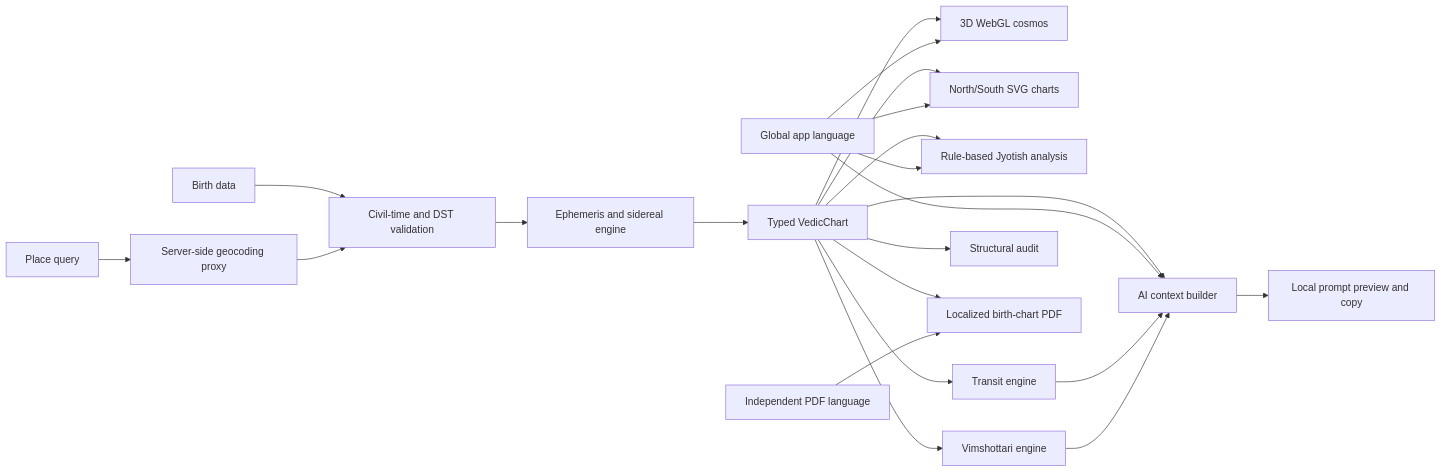
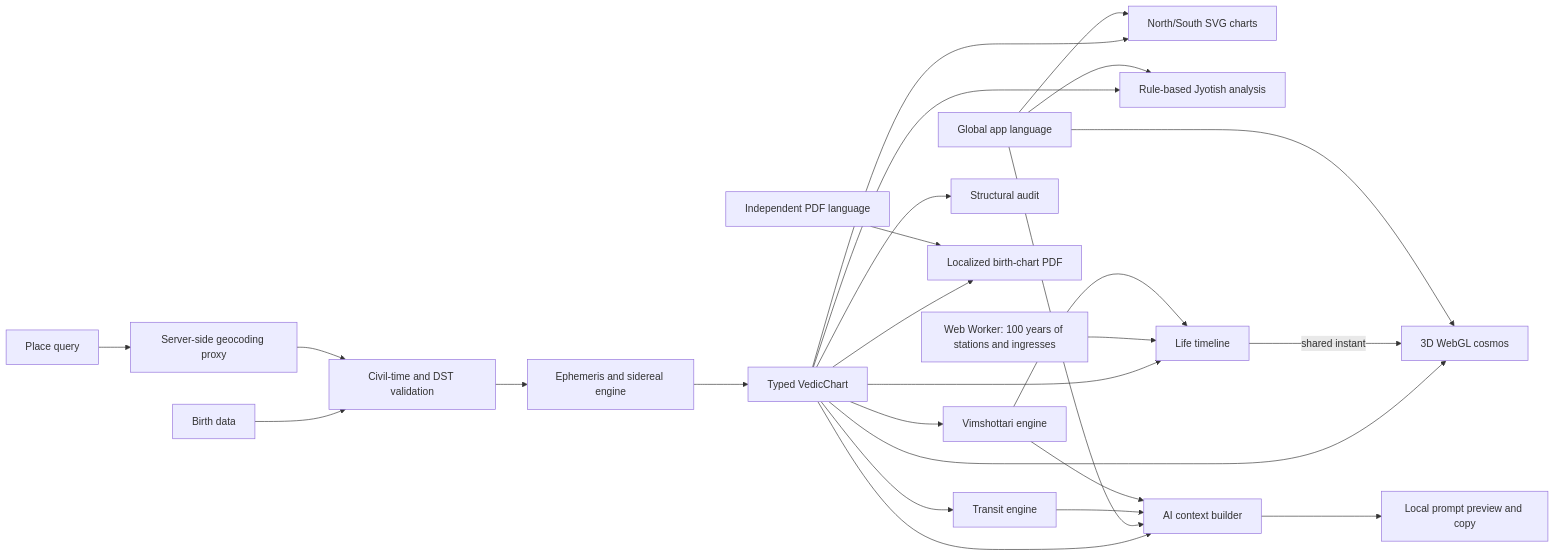
One commit to diprajkadlag/VedicAstrologer changed the diagram in README.md. Above: the diagram before and after it, drawn with Mermaid. The commit also changed other lines of this file and 52 other files, not shown here.

First line of the commit message:
feat: add the interactive life timeline (#2)

````diff
--- a/README.md
+++ b/README.md
@@ -179,24 +211,28 @@
 ```mermaid
 flowchart LR
     A[Birth data] --> B[Civil-time and DST validation]
     PQ[Place query] --> G[Server-side geocoding proxy]
     G --> B
     B --> E[Ephemeris and sidereal engine]
     E --> C[Typed VedicChart]
     C --> W[3D WebGL cosmos]
     C --> R[North/South SVG charts]
     C --> J[Rule-based Jyotish analysis]
     C --> T[Transit engine]
     C --> D[Vimshottari engine]
+    C --> LT[Life timeline]
+    WK[Web Worker: 100 years of stations and ingresses] --> LT
+    D --> LT
+    LT -->|shared instant| W
     C --> Q[Structural audit]
     C --> PDF[Localized birth-chart PDF]
     PL[Independent PDF language] --> PDF
     C --> X[AI context builder]
     AL[Global app language] --> W
     AL --> R
     AL --> J
     AL --> X
     T --> X
     D --> X
     X --> H[Local prompt preview and copy]
 ```
````
